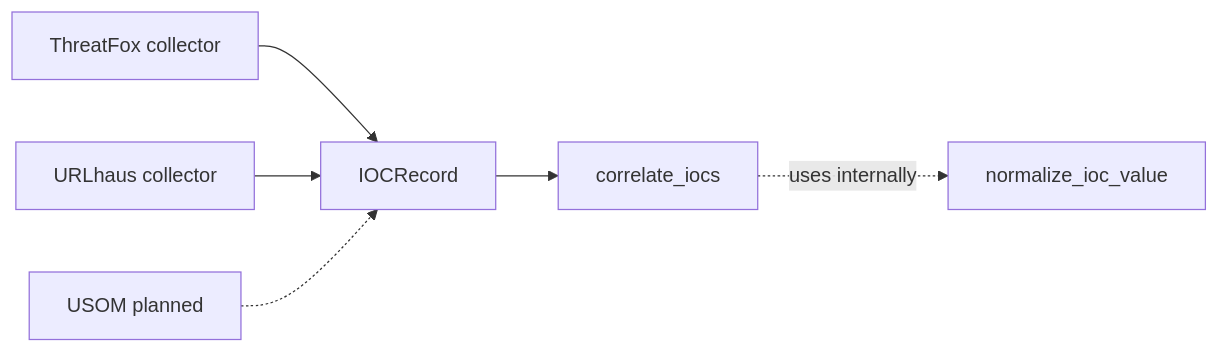
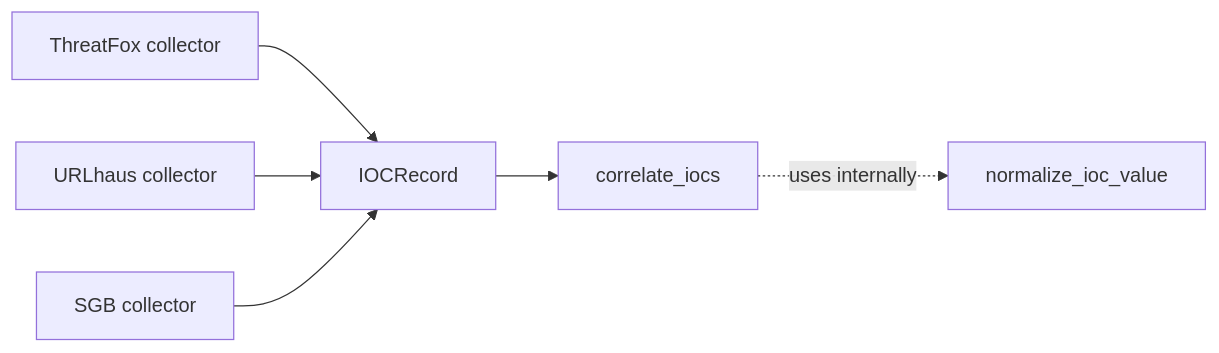
Before and after one commit to ConquestorYa/threatfusion-ai: the first of 2 diagrams in docs/ARCHITECTURE.md, drawn with Mermaid. The commit also changed other lines of this file and 2 other files, not shown here.

Commit message:
docs: add project context and architecture

````diff
--- a/docs/ARCHITECTURE.md
+++ b/docs/ARCHITECTURE.md
@@ -7,8 +7,8 @@
 ```mermaid
 flowchart LR
     ThreatFox[ThreatFox collector] --> Record[IOCRecord]
     URLhaus[URLhaus collector] --> Record
-    USOM[USOM planned] -.-> Record
+    SGB[SGB collector] --> Record
     Record --> Correlate[correlate_iocs]
     Correlate -. uses internally .-> Normalize[normalize_ioc_value]
 ```
````
